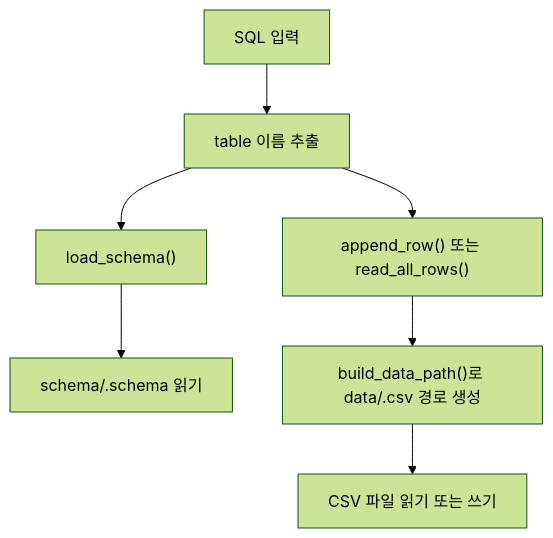
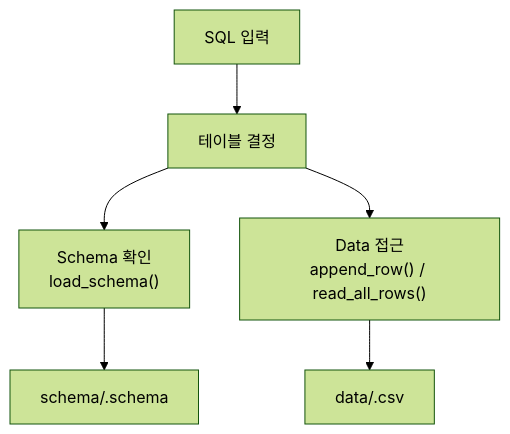
The second of 6 diagrams in README.md (jungilyu15/Mini_SQL), drawn with Mermaid (forest theme) before and after one commit. The commit also changed other lines of this file, not shown here.

First line of the commit message:
Revise project execution flow and data handling details

````diff
--- a/README.md
+++ b/README.md
@@ -151,9 +139,8 @@
 ```mermaid
 flowchart TD
-    A["SQL 입력"] --> B["table 이름 추출"]
-    B --> C["load_schema()"]
-    C --> D["schema/<table>.schema 읽기"]
-    B --> E["append_row() 또는 read_all_rows()"]
-    E --> F["build_data_path()로 data/<table>.csv 경로 생성"]
-    F --> G["CSV 파일 읽기 또는 쓰기"]
+    A["SQL 입력"] --> B["테이블 결정"]
+    B --> C["Schema 확인<br/>load_schema()"]
+    B --> D["Data 접근<br/>append_row() / read_all_rows()"]
+    C --> E["schema/<table>.schema"]
+    D --> F["data/<table>.csv"]
 ```
````
